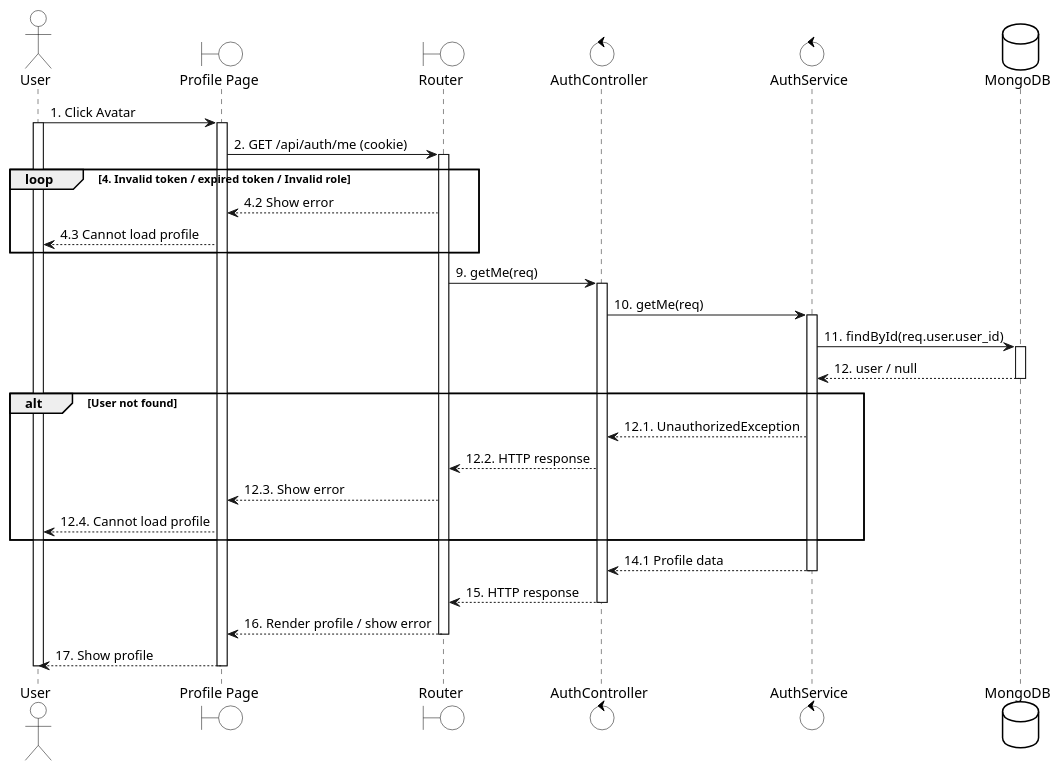
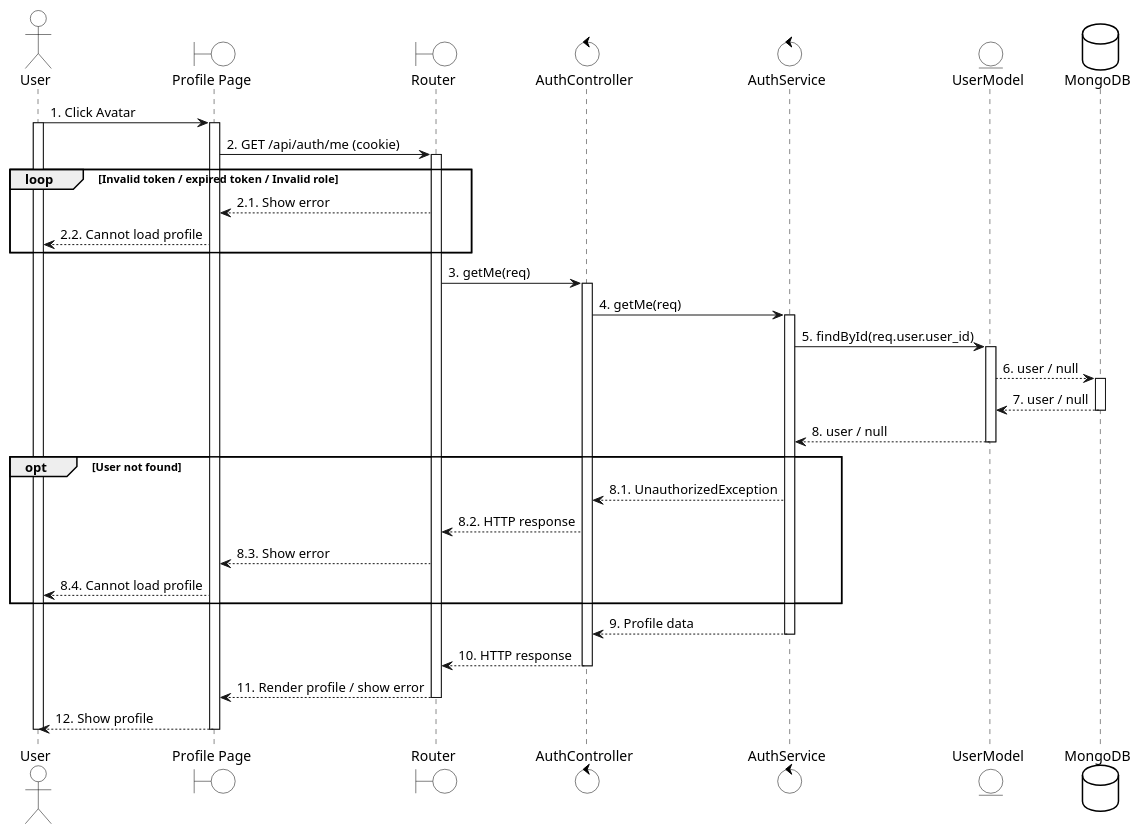
One commit to LGK1412/sequence_sep490_01 changed the diagram in uc10 - View Profile.wsd. Above: the diagram before and after it, drawn with PlantUML. The commit also changed 75 other files, not shown here.

```diff
--- a/uc10 - View Profile.wsd
+++ b/uc10 - View Profile.wsd
@@ -1,62 +1,67 @@
 @startuml
 skinparam {
   ActorBackgroundColor #FFFFFF
   BoundaryBackgroundColor #FFFFFF
   ControlBackgroundColor #FFFFFF
   EntityBackgroundColor #FFFFFF
   DatabaseBackgroundColor #FFFFFF
   ActorBorderColor black
   BoundaryBorderColor black
   ControlBorderColor black
   EntityBorderColor black
   DatabaseBorderColor black
 }
 
 actor User
 boundary "Profile Page" as UI
 boundary Router
 control AuthController
 control AuthService
+entity UserModel
 database MongoDB
 
 User -> UI: 1. Click Avatar
 activate User
 activate UI
 
 UI -> Router: 2. GET /api/auth/me (cookie)
 activate Router
 
-loop 4. Invalid token / expired token / Invalid role
-  Router --> UI: 4.2 Show error
-  UI --> User: 4.3 Cannot load profile
+loop Invalid token / expired token / Invalid role
+  Router --> UI: 2.1. Show error
+  UI --> User: 2.2. Cannot load profile
 end 
 
-Router -> AuthController: 9. getMe(req)
+Router -> AuthController: 3. getMe(req)
 activate AuthController
-AuthController -> AuthService: 10. getMe(req)
+AuthController -> AuthService: 4. getMe(req)
 activate AuthService
 
-AuthService -> MongoDB: 11. findById(req.user.user_id)
+AuthService -> UserModel: 5. findById(req.user.user_id)
+activate UserModel
+UserModel --> MongoDB: 6. user / null
 activate MongoDB
-MongoDB --> AuthService: 12. user / null
+MongoDB --> UserModel: 7. user / null
 deactivate MongoDB
+UserModel --> AuthService: 8. user / null
+deactivate UserModel
 
-alt User not found
-  AuthService --> AuthController: 12.1. UnauthorizedException
-  AuthController --> Router: 12.2. HTTP response
-  Router --> UI: 12.3. Show error
-  UI --> User: 12.4. Cannot load profile
+opt User not found
+  AuthService --> AuthController: 8.1. UnauthorizedException
+  AuthController --> Router: 8.2. HTTP response
+  Router --> UI: 8.3. Show error
+  UI --> User: 8.4. Cannot load profile
 end
   
-AuthService --> AuthController: 14.1 Profile data
+AuthService --> AuthController: 9. Profile data
 
 deactivate AuthService
 
-AuthController --> Router: 15. HTTP response
+AuthController --> Router: 10. HTTP response
 deactivate AuthController
-Router --> UI: 16. Render profile / show error
+Router --> UI: 11. Render profile / show error
 deactivate Router
-UI --> User: 17. Show profile
+UI --> User: 12. Show profile
 deactivate UI
 deactivate User
 @enduml
```
